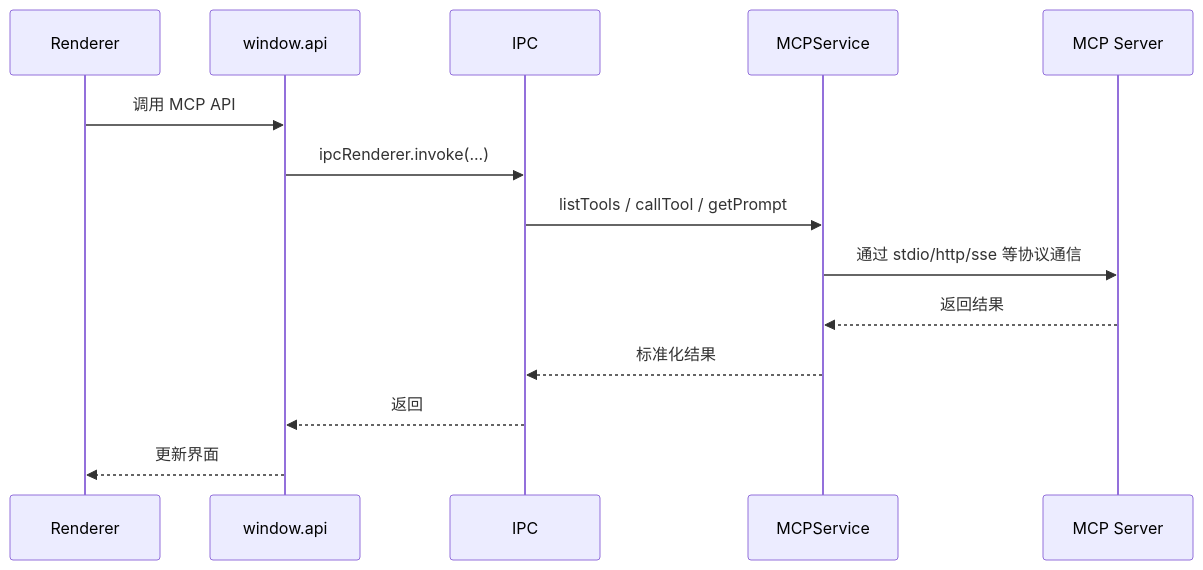
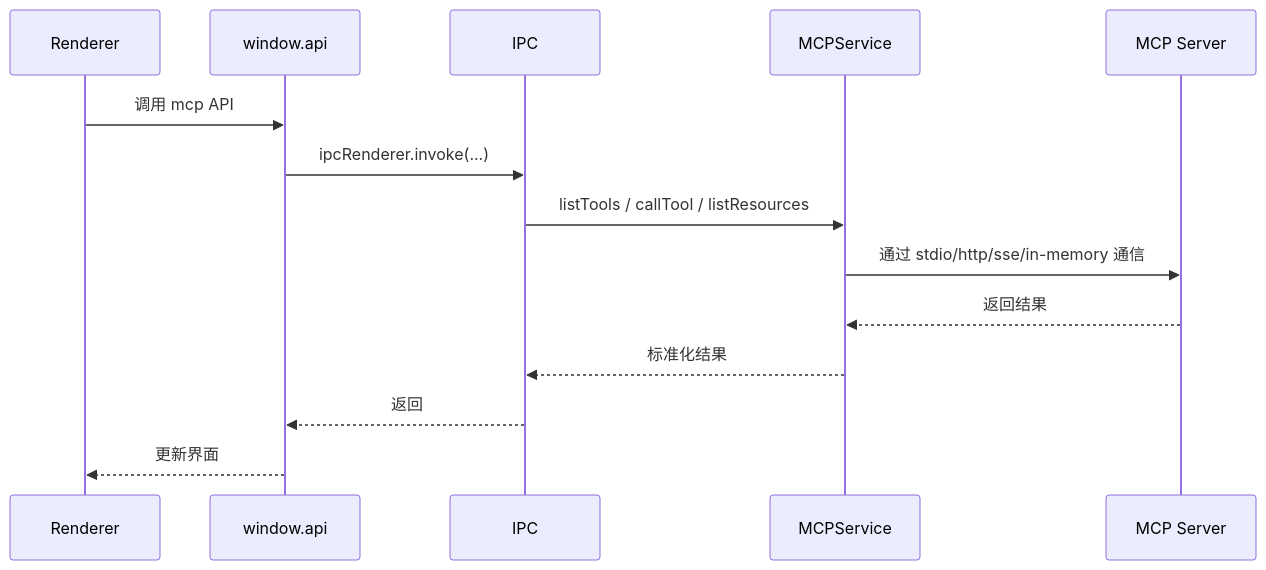
Before and after one commit to Little-LittleProgrammer/cherry-studio: the diagram in docs/zh/architecture/08-MCP与扩展能力/README.md, drawn with Mermaid. The commit also changed other lines of this file and 16 other files, not shown here.

First line of the commit message:
Update .gitignore and enhance architecture documentation

````diff
--- a/docs/zh/architecture/08-MCP与扩展能力/README.md
+++ b/docs/zh/architecture/08-MCP与扩展能力/README.md
@@ -46,17 +44,17 @@
 ```mermaid
 sequenceDiagram
   participant UI as Renderer
   participant Preload as window.api
   participant Main as IPC
   participant MCP as MCPService
   participant Server as MCP Server
 
-  UI->>Preload: 调用 MCP API
+  UI->>Preload: 调用 mcp API
   Preload->>Main: ipcRenderer.invoke(...)
-  Main->>MCP: listTools / callTool / getPrompt
-  MCP->>Server: 通过 stdio/http/sse 等协议通信
+  Main->>MCP: listTools / callTool / listResources
+  MCP->>Server: 通过 stdio/http/sse/in-memory 通信
   Server-->>MCP: 返回结果
   MCP-->>Main: 标准化结果
   Main-->>Preload: 返回
   Preload-->>UI: 更新界面
 ```
````
